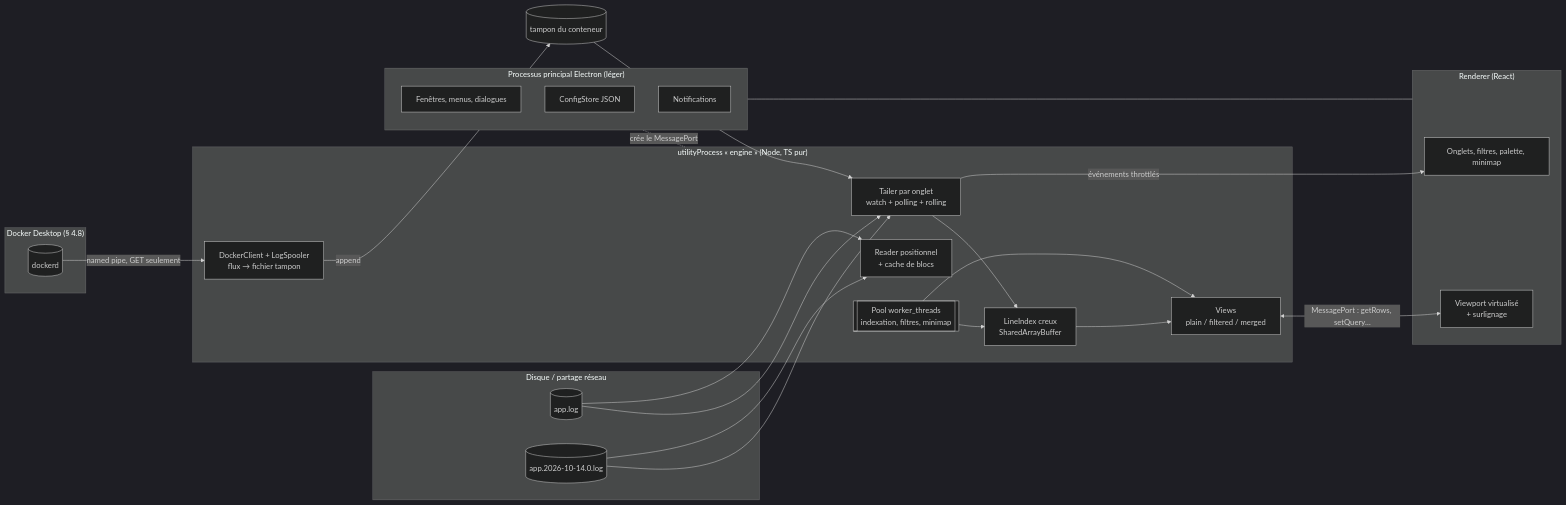
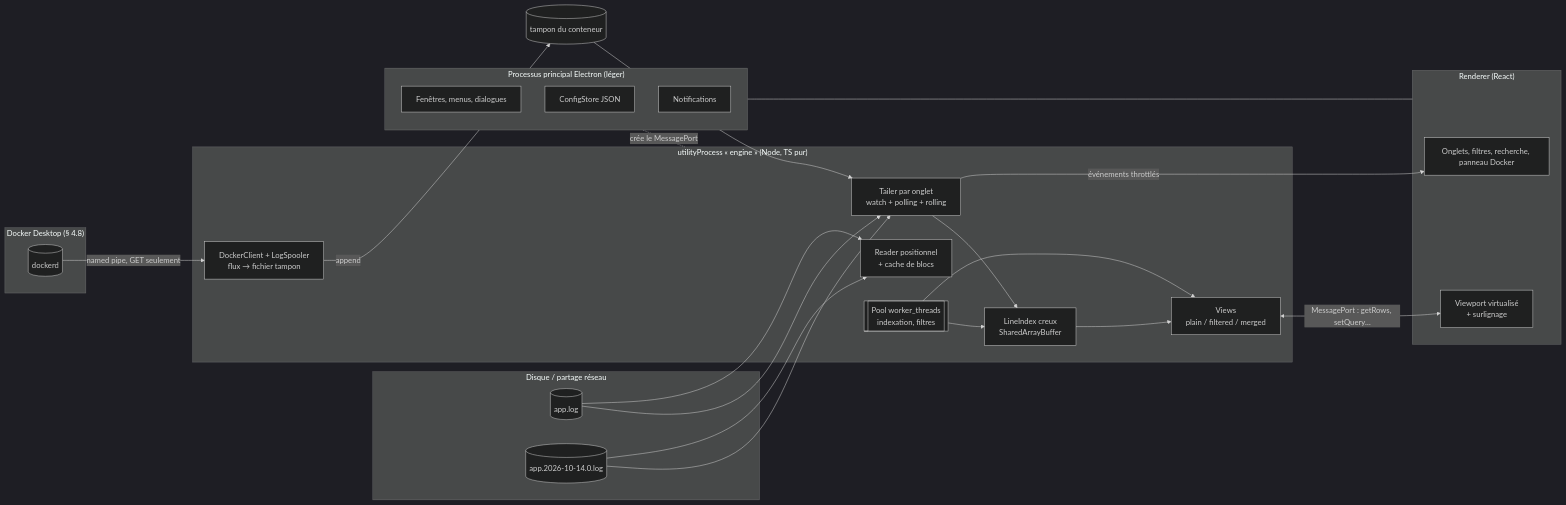
The first of 3 diagrams in cbl-log/docs/architecture.md (clementbrunel/my-ai-tools), drawn with Mermaid (dark theme) before and after one commit. The commit also changed other lines of this file and 1 other file, not shown here.

````diff
--- a/cbl-log/docs/architecture.md
+++ b/cbl-log/docs/architecture.md
@@ -79,42 +77,42 @@
 ```mermaid
 flowchart LR
   subgraph FS[Disque / partage réseau]
     F1[(app.log)]
     F0[(app.2026-10-14.0.log)]
   end
 
   subgraph Main["Processus principal Electron (léger)"]
     WIN[Fenêtres, menus, dialogues]
     CFG[ConfigStore JSON]
     NOTIF[Notifications]
   end
 
   subgraph Engine["utilityProcess « engine » (Node, TS pur)"]
     TR[Tailer par onglet<br/>watch + polling + rolling]
     IDX[LineIndex creux<br/>SharedArrayBuffer]
     RD[Reader positionnel<br/>+ cache de blocs]
     VIEW[Views<br/>plain / filtered / merged]
-    POOL[[Pool worker_threads<br/>indexation, filtres, minimap]]
+    POOL[[Pool worker_threads<br/>indexation, filtres]]
     DK[DockerClient + LogSpooler<br/>flux → fichier tampon]
   end
 
   subgraph Docker["Docker Desktop (§ 4.8)"]
     DD[(dockerd)]
   end
 
   subgraph Renderer["Renderer (React)"]
     VP[Viewport virtualisé<br/>+ surlignage]
-    UI[Onglets, filtres, palette, minimap]
+    UI[Onglets, filtres, recherche, panneau Docker]
   end
 
   F1 & F0 --> TR --> IDX
   DD -- "named pipe, GET seulement" --> DK -- append --> SP[(tampon du conteneur)]
   SP --> TR
   F1 & F0 --> RD
   IDX --> VIEW
   POOL --> IDX & VIEW
   VIEW <-- "MessagePort : getRows, setQuery…" --> VP
   TR -- "événements throttlés" --> UI
   Main -. "crée le MessagePort" .- Engine
   Main --- Renderer
 ```
````
